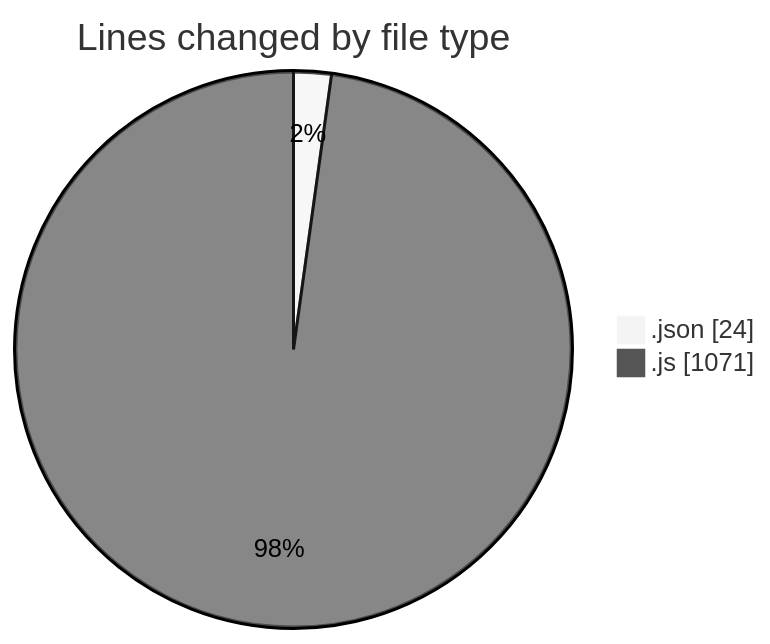
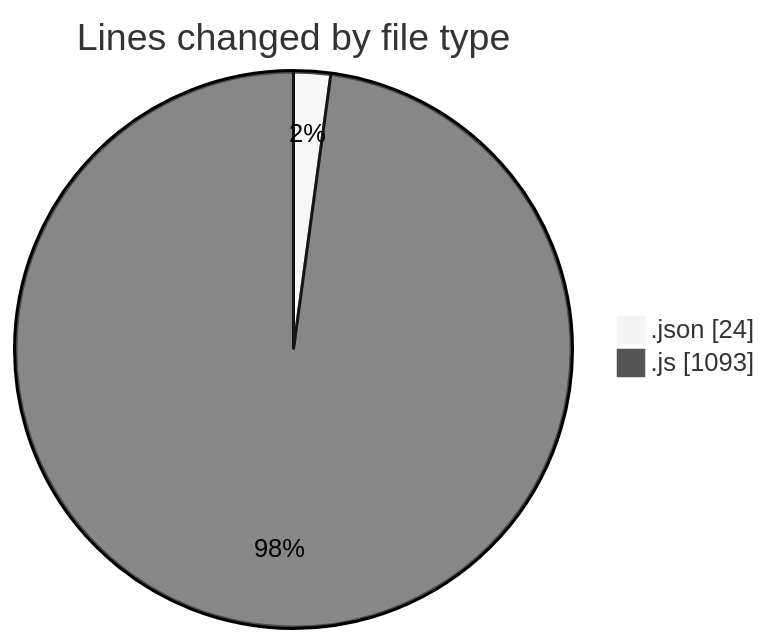
Before and after one commit to BS-eng2023/code-tracking: the first of 2 diagrams in 2025-04-01/jsvms/README.md, drawn with Mermaid (neutral theme). The commit also changed other lines of this file and 1 other file, not shown here.

````diff
--- a/2025-04-01/jsvms/README.md
+++ b/2025-04-01/jsvms/README.md
@@ -36,6 +36,6 @@
 ```mermaid
 pie showData
 title Lines changed by file type
 ".json" : 24
-".js" : 1071
+".js" : 1093
 ```
````
